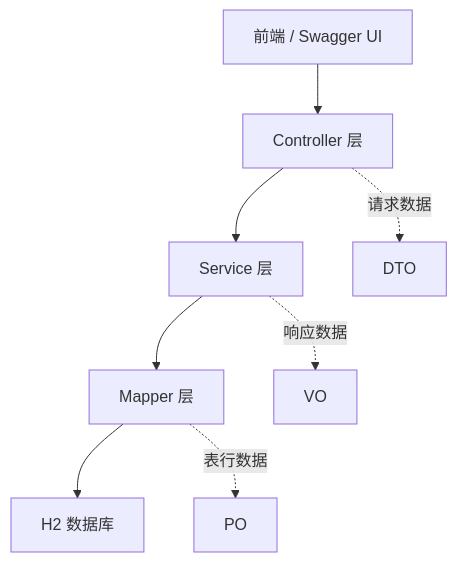
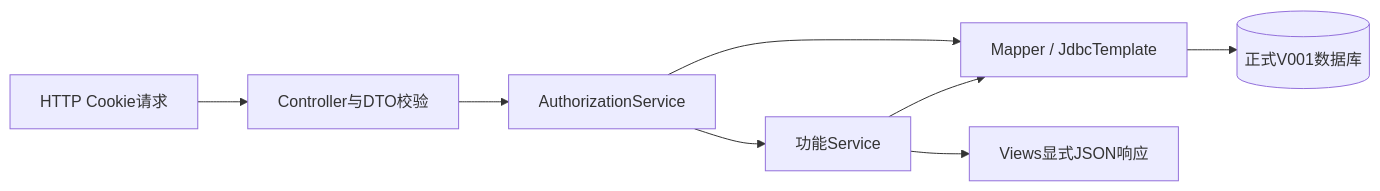
The diagram in docs/design/detailed-design.md (wenjiu-leng66/OO-d), drawn with Mermaid before and after one commit. The commit also changed other lines of this file and 113 other files, not shown here.

````diff
--- a/docs/design/detailed-design.md
+++ b/docs/design/detailed-design.md
@@ -32,10 +9,10 @@
 ```mermaid
-graph TB
-    A[前端 / Swagger UI] --> B[Controller 层]
-    B --> C[Service 层]
-    C --> D[Mapper 层]
-    D --> E[H2 数据库]
-    B -. 请求数据 .-> F[DTO]
-    C -. 响应数据 .-> G[VO]
-    D -. 表行数据 .-> H[PO]
+flowchart LR
+  HTTP[HTTP Cookie请求] --> C[Controller与DTO校验]
+  C --> A[AuthorizationService]
+  A --> S[功能Service]
+  S --> M[Mapper / JdbcTemplate]
+  A --> M
+  M --> DB[(正式V001数据库)]
+  S --> V[Views显式JSON响应]
 ```
````
